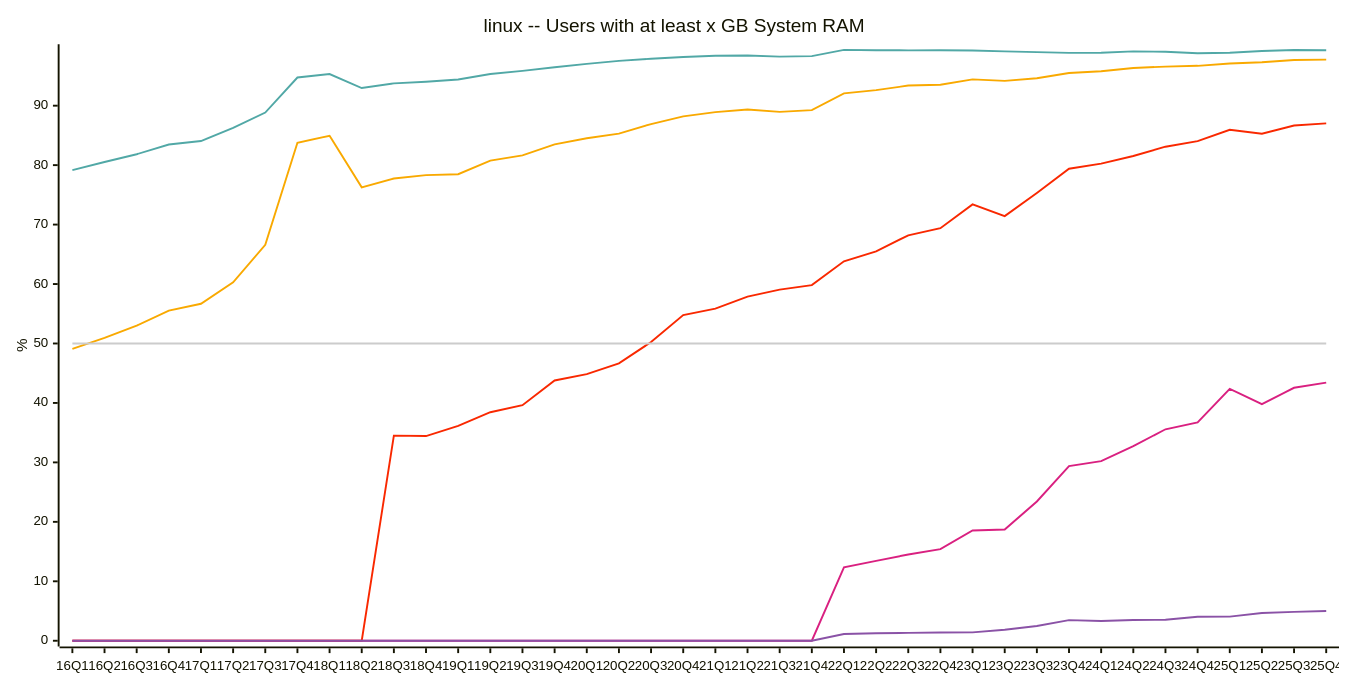
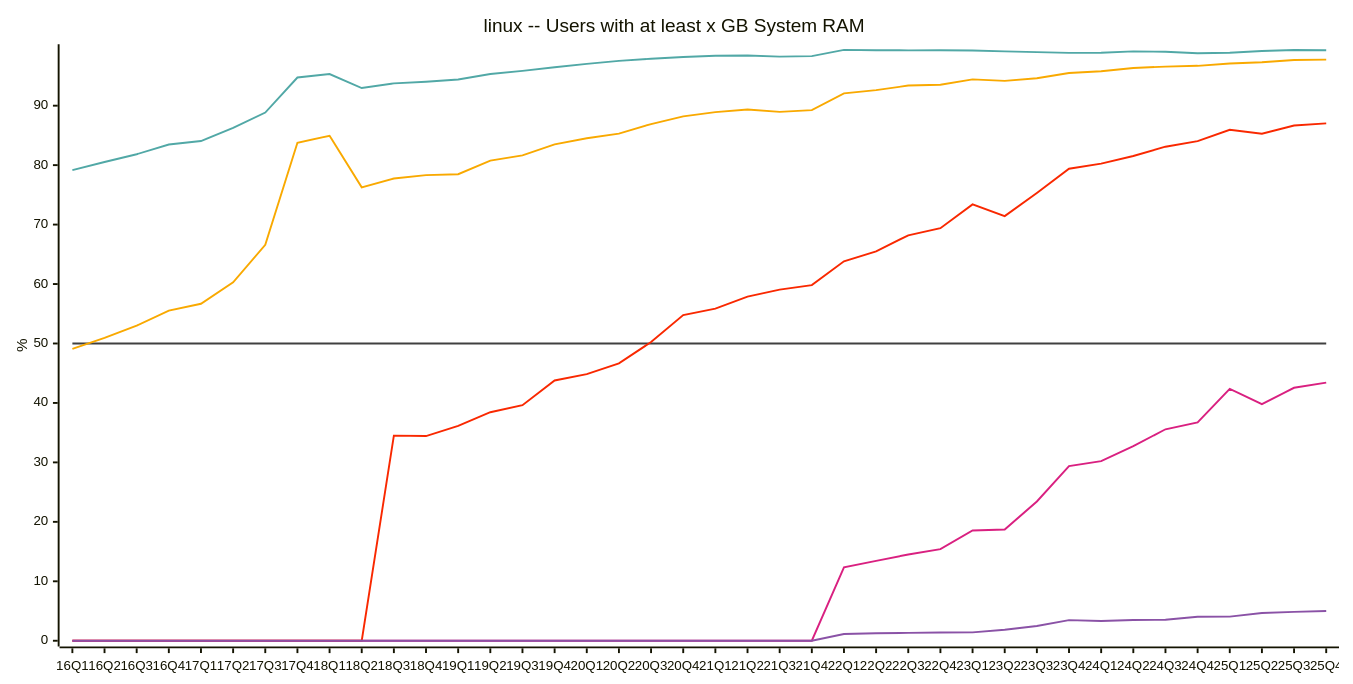
Before and after one commit to jdegene/steamHWsurvey: diagram 27 of 28 in README.md, drawn with Mermaid. The commit also changed other lines of this file and 1 other file, not shown here.

Commit message:
changed color and drawing order for helper line

````diff
--- a/README.md
+++ b/README.md
@@ -864,24 +864,24 @@
 ```mermaid
 ---
     config:
         xyChart:
             width: 1400
             height: 700
             
         themeVariables:
             xyChart:
-                plotColorPalette: "#51a8a6,#f9a900,#f92800,#d92080,#8a52a6,#CCCCCC"
+                plotColorPalette: "#404040,#51a8a6,#f9a900,#f92800,#d92080,#8a52a6"
 
 --- 
     
     xychart-beta
         title "linux -- Users with at least x GB System RAM"
         x-axis [16Q1, 16Q2, 16Q3, 16Q4, 17Q1, 17Q2, 17Q3, 17Q4, 18Q1, 18Q2, 18Q3, 18Q4, 19Q1, 19Q2, 19Q3, 19Q4, 20Q1, 20Q2, 20Q3, 20Q4, 21Q1, 21Q2, 21Q3, 21Q4, 22Q1, 22Q2, 22Q3, 22Q4, 23Q1, 23Q2, 23Q3, 23Q4, 24Q1, 24Q2, 24Q3, 24Q4, 25Q1, 25Q2, 25Q3, 25Q4]
     y-axis "%" 
+ line [50, 50, 50, 50, 50, 50, 50, 50, 50, 50, 50, 50, 50, 50, 50, 50, 50, 50, 50, 50, 50, 50, 50, 50, 50, 50, 50, 50, 50, 50, 50, 50, 50, 50, 50, 50, 50, 50, 50, 50]
     line [79.15666666666667, 80.52666666666667, 81.83333333333334, 83.46333333333334, 84.05, 86.25666666666666, 88.83666666666667, 94.74000000000001, 95.32333333333332, 92.97333333333334, 93.75, 94.03, 94.40666666666667, 95.33, 95.85333333333334, 96.47333333333333, 97.03666666666666, 97.53666666666666, 97.89666666666666, 98.18333333333334, 98.41000000000001, 98.45, 98.25, 98.33666666666666, 99.39, 99.33333333333333, 99.30666666666667, 99.32333333333332, 99.27, 99.14, 99.00333333333333, 98.87666666666668, 98.90333333333334, 99.13333333333333, 99.06333333333333, 98.81, 98.91, 99.20666666666666, 99.35333333333332, 99.33]
     line [49.10333333333334, 50.95, 52.99, 55.52666666666667, 56.67666666666666, 60.29, 66.60333333333334, 83.76333333333334, 84.94999999999999, 76.26666666666667, 77.75666666666666, 78.32000000000001, 78.47, 80.76, 81.64333333333333, 83.49333333333333, 84.51333333333334, 85.29333333333332, 86.91, 88.2, 88.92000000000002, 89.35333333333334, 88.96333333333332, 89.25333333333333, 92.06666666666666, 92.61333333333333, 93.38333333333333, 93.51666666666667, 94.42666666666666, 94.17333333333335, 94.60666666666665, 95.49, 95.80000000000001, 96.33333333333333, 96.57666666666667, 96.70333333333333, 97.10000000000001, 97.31333333333333, 97.68333333333334, 97.74999999999999]
     line [0, 0, 0, 0, 0, 0, 0, 0, 0, 0, 34.5, 34.43333333333333, 36.156666666666666, 38.43666666666667, 39.620000000000005, 43.78, 44.85333333333333, 46.65333333333333, 50.243333333333325, 54.78333333333333, 55.85, 57.89, 59.053333333333335, 59.82333333333333, 63.81666666666666, 65.49333333333334, 68.19999999999999, 69.39666666666668, 73.4, 71.42333333333333, 75.32, 79.39666666666666, 80.24999999999999, 81.53, 83.1, 84.03666666666668, 85.94, 85.27666666666667, 86.66, 87.02499999999999]
     line [0, 0, 0, 0, 0, 0, 0, 0, 0, 0, 0, 0, 0, 0, 0, 0, 0, 0, 0, 0, 0, 0, 0, 0, 12.336666666666666, 13.426666666666668, 14.510000000000002, 15.413333333333332, 18.556666666666665, 18.700000000000003, 23.426666666666666, 29.386666666666667, 30.22333333333333, 32.72666666666667, 35.56999999999999, 36.73333333333333, 42.373333333333335, 39.796666666666674, 42.55, 43.42]
     line [0, 0, 0, 0, 0, 0, 0, 0, 0, 0, 0, 0, 0, 0, 0, 0, 0, 0, 0, 0, 0, 0, 0, 0, 1.1266666666666667, 1.2533333333333334, 1.3166666666666667, 1.3866666666666667, 1.4066666666666667, 1.8399999999999999, 2.476666666666667, 3.47, 3.3299999999999996, 3.4799999999999995, 3.53, 4.046666666666667, 4.056666666666667, 4.673333333333333, 4.85, 5.01]
- line [50, 50, 50, 50, 50, 50, 50, 50, 50, 50, 50, 50, 50, 50, 50, 50, 50, 50, 50, 50, 50, 50, 50, 50, 50, 50, 50, 50, 50, 50, 50, 50, 50, 50, 50, 50, 50, 50, 50, 50]
 ``` 
````
